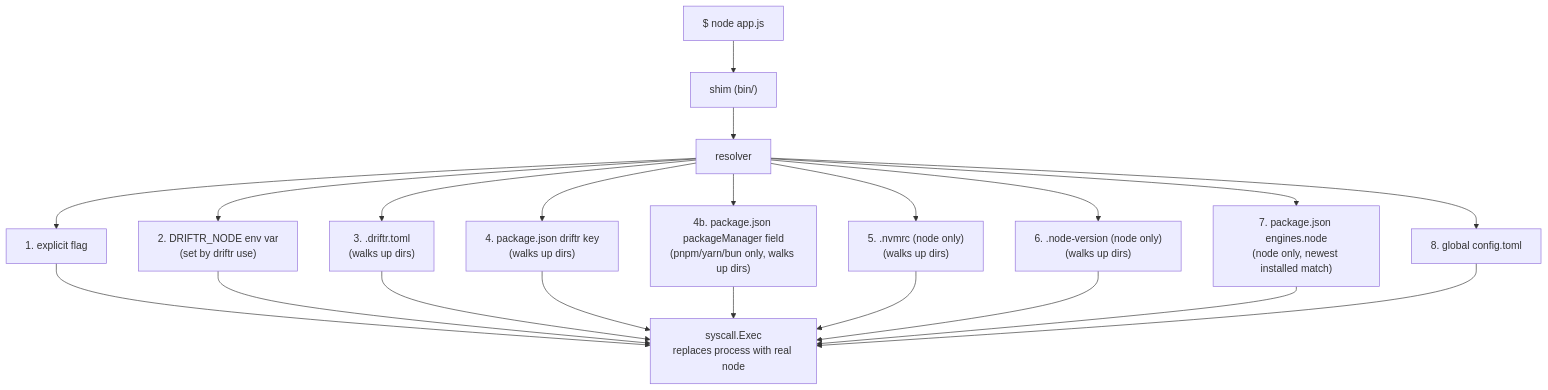
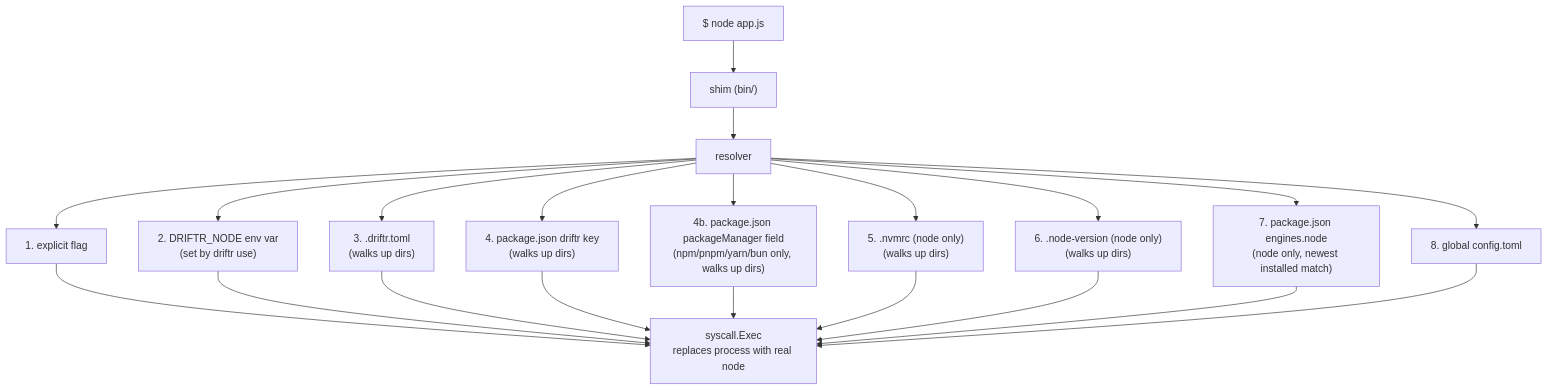
Before and after one commit to StackMade/Driftr: the diagram in README.md, drawn with Mermaid. The commit also changed other lines of this file and 3 other files, not shown here.

````diff
--- a/README.md
+++ b/README.md
@@ -175,15 +176,15 @@
 ```mermaid
 flowchart TD
     A["$ node app.js"] --> B["shim (bin/)"]
     B --> C["resolver"]
     C --> C1["1. explicit flag"]
     C --> C1b["2. DRIFTR_NODE env var\n(set by driftr use)"]
     C --> C2["3. .driftr.toml\n(walks up dirs)"]
     C --> C3["4. package.json driftr key\n(walks up dirs)"]
     C --> C4["5. .nvmrc (node only)\n(walks up dirs)"]
     C --> C5["6. .node-version (node only)\n(walks up dirs)"]
     C --> C6["7. package.json engines.node\n(node only, newest installed match)"]
     C --> C7["8. global config.toml"]
-    C --> C3b["4b. package.json packageManager field\n(pnpm/yarn/bun only, walks up dirs)"]
+    C --> C3b["4b. package.json packageManager field\n(npm/pnpm/yarn/bun only, walks up dirs)"]
     C1 & C1b & C2 & C3 & C3b & C4 & C5 & C6 & C7 --> D["syscall.Exec\nreplaces process with real node"]
 ```
````
